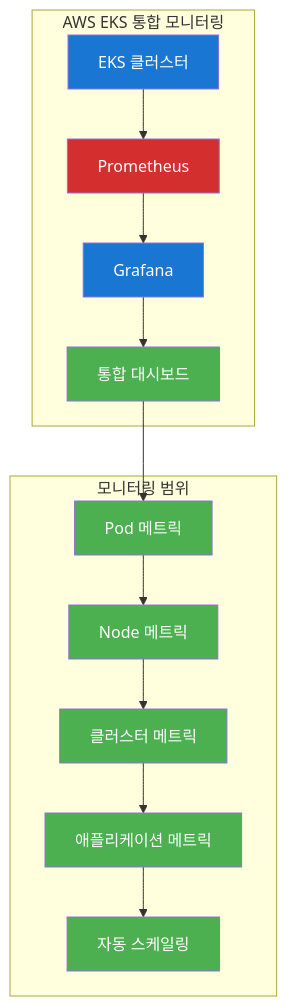
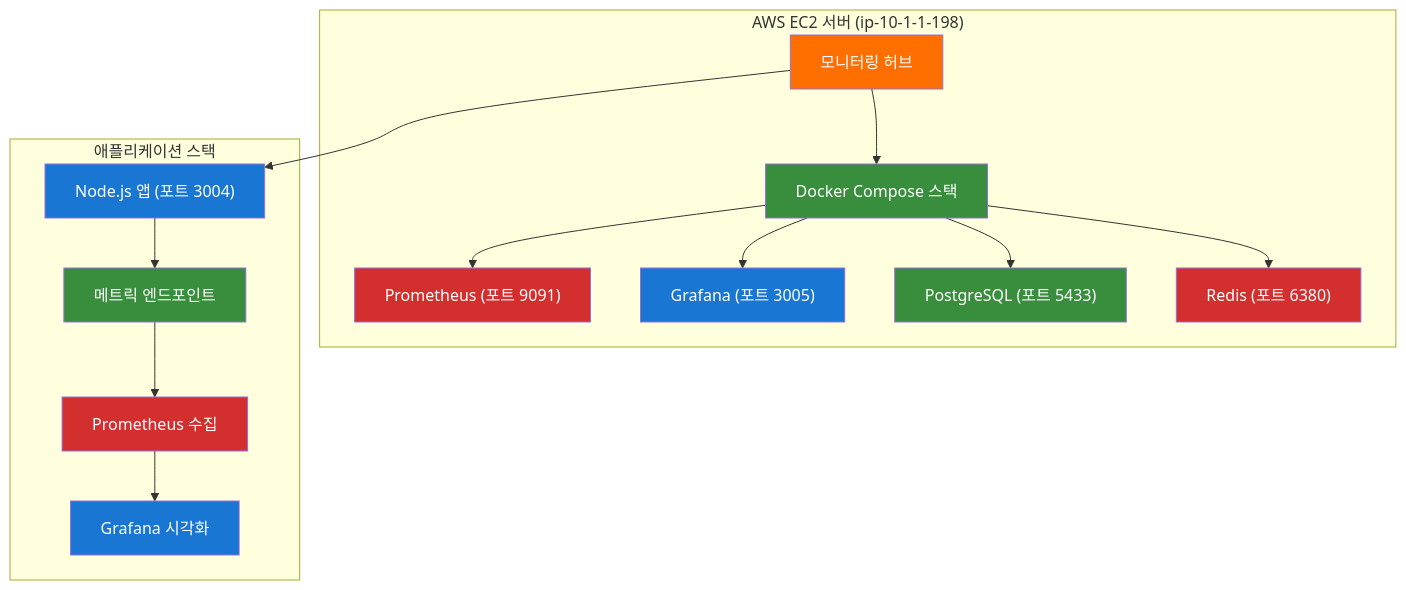
Before and after one commit to jungfrau70/mcp_cloud: the second of 9 diagrams in mcp_knowledge_base/cloud_intermediate/lectures/day2/Day2_통합강의안_오후.md, drawn with Mermaid. The commit also changed other lines of this file, not shown here.

````diff
--- a/mcp_knowledge_base/cloud_intermediate/lectures/day2/Day2_통합강의안_오후.md
+++ b/mcp_knowledge_base/cloud_intermediate/lectures/day2/Day2_통합강의안_오후.md
@@ -114,27 +65,29 @@
 ```mermaid
 flowchart TD
-    subgraph "AWS EKS 통합 모니터링"
-        A["EKS 클러스터"] --> B["Prometheus"]
-        B --> C["Grafana"]
-        C --> D["통합 대시보드"]
+    subgraph "AWS EC2 서버 (ip-10-1-1-198)"
+        A["모니터링 허브"] --> B["Docker Compose 스택"]
+        B --> C["Prometheus (포트 9091)"]
+        B --> D["Grafana (포트 3005)"]
+        B --> E["PostgreSQL (포트 5433)"]
+        B --> F["Redis (포트 6380)"]
     end
     
-    subgraph "모니터링 범위"
-        E["Pod 메트릭"] --> F["Node 메트릭"]
-        F --> G["클러스터 메트릭"]
-        G --> H["애플리케이션 메트릭"]
-        H --> I["자동 스케일링"]
+    subgraph "애플리케이션 스택"
+        G["Node.js 앱 (포트 3004)"] --> H["메트릭 엔드포인트"]
+        H --> I["Prometheus 수집"]
+        I --> J["Grafana 시각화"]
     end
     
-    D --> E
+    A --> G
     
-    style A fill:#1976d2,color:#ffffff
-    style B fill:#d32f2f,color:#ffffff
-    style C fill:#1976d2,color:#ffffff
-    style D fill:#4caf50,color:#ffffff
-    style E fill:#4caf50,color:#ffffff
-    style F fill:#4caf50,color:#ffffff
-    style G fill:#4caf50,color:#ffffff
-    style H fill:#4caf50,color:#ffffff
-    style I fill:#4caf50,color:#ffffff
+    style A fill:#ff6f00,color:#ffffff
+    style B fill:#388e3c,color:#ffffff
+    style C fill:#d32f2f,color:#ffffff
+    style D fill:#1976d2,color:#ffffff
+    style E fill:#388e3c,color:#ffffff
+    style F fill:#d32f2f,color:#ffffff
+    style G fill:#1976d2,color:#ffffff
+    style H fill:#388e3c,color:#ffffff
+    style I fill:#d32f2f,color:#ffffff
+    style J fill:#1976d2,color:#ffffff
 ```
````
